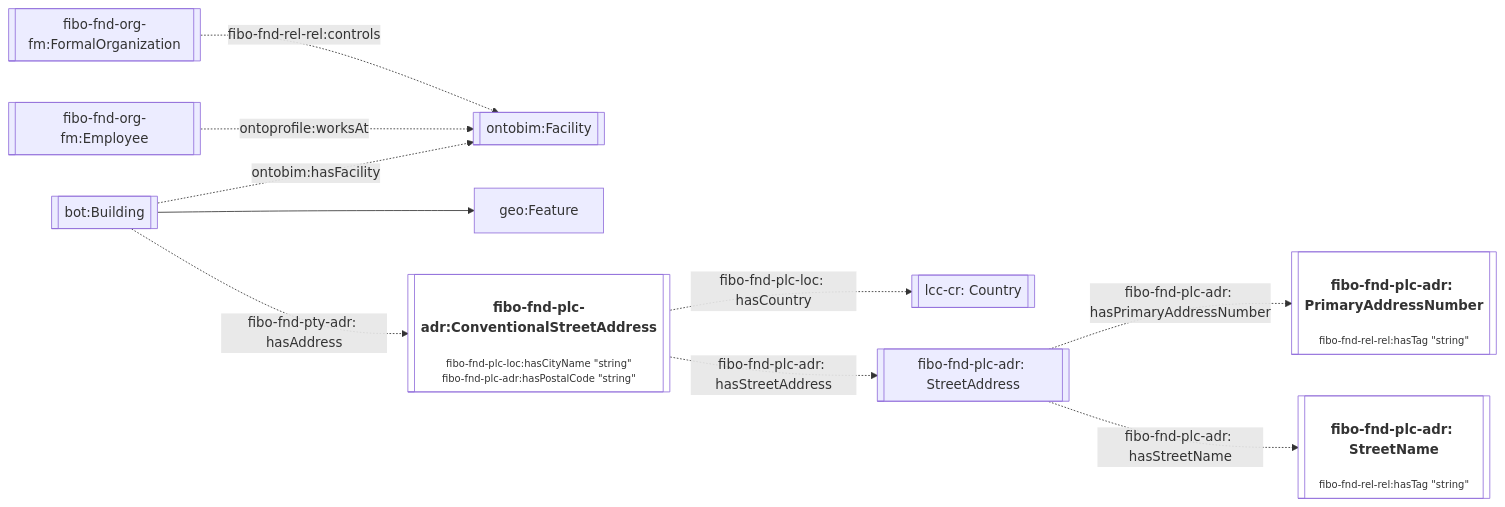
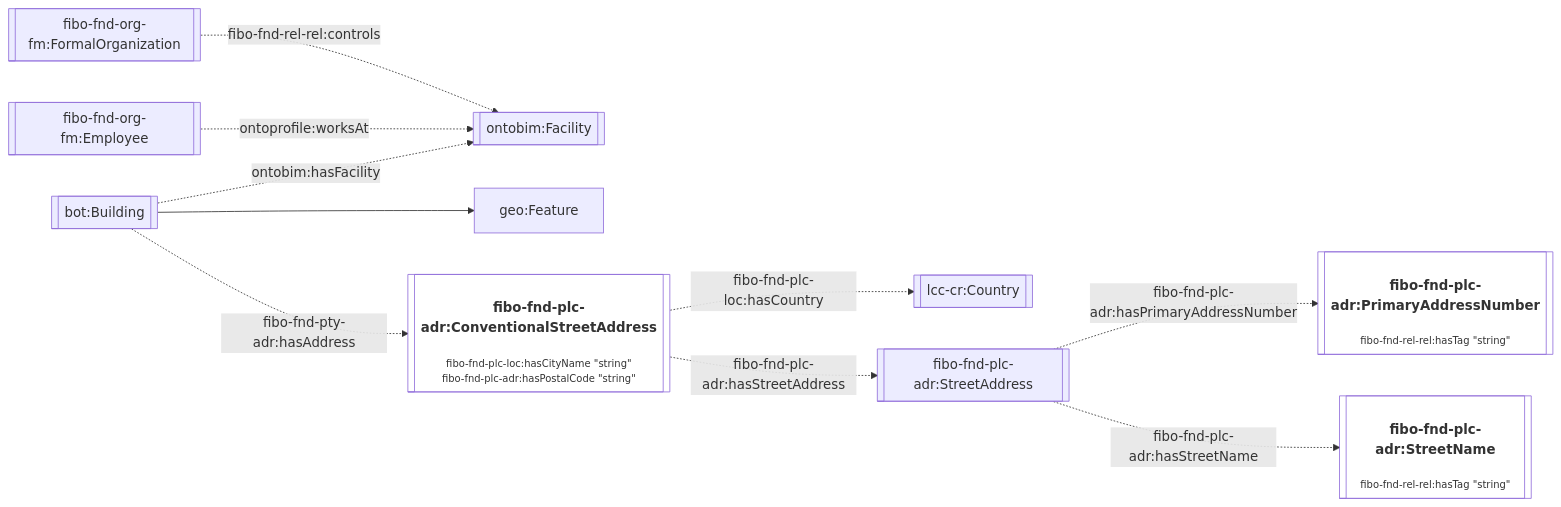
Before and after one commit to cambridge-cares/TheWorldAvatar: the seventh of 7 diagrams in JPS_Ontology/ontology/ontoprofile/README.MD, drawn with Mermaid. The commit also changed other lines of this file, not shown here.

Commit message:
dev-service-execution-ontology-extension: add overflow styles to link and node

````diff
--- a/JPS_Ontology/ontology/ontoprofile/README.MD
+++ b/JPS_Ontology/ontology/ontoprofile/README.MD
@@ -224,20 +228,21 @@
 ```mermaid
 flowchart LR
     %% Styling
     classDef literal fill:none
-    classDef node text-wrap:pretty
+    classDef node overflow-wrap:break-word,text-wrap:pretty
+    linkStyle default overflow-wrap:break-word,text-wrap:pretty;
 
     %% Contents
     Org[[fibo-fnd-org-fm:FormalOrganization]] -. fibo-fnd-rel-rel:controls .-> Facility
     Employee[[fibo-fnd-org-fm:Employee]] -. ontoprofile:worksAt .-> Facility
 
     Building[[bot:Building]] -. ontobim:hasFacility .-> Facility[[ontobim:Facility]]
     Building --> geo:Feature
-    Building -. fibo-fnd-pty-adr: hasAddress .-> ConventionalStreetAddress[["<h4>fibo-fnd-plc-adr:ConventionalStreetAddress</h4><p style='font-size:0.75rem;'>fibo-fnd-plc-loc:hasCityName &quot;string&quot;<br>fibo-fnd-plc-adr:hasPostalCode &quot;string&quot;</p>"]]:::literal
+    Building -. fibo-fnd-pty-adr:hasAddress .-> ConventionalStreetAddress[["<h4>fibo-fnd-plc-adr:ConventionalStreetAddress</h4><p style='font-size:0.75rem;'>fibo-fnd-plc-loc:hasCityName &quot;string&quot;<br>fibo-fnd-plc-adr:hasPostalCode &quot;string&quot;</p>"]]:::literal
 
-    ConventionalStreetAddress -. fibo-fnd-plc-loc: hasCountry .-> Country[[lcc-cr: Country]]
-    ConventionalStreetAddress -. fibo-fnd-plc-adr: hasStreetAddress .-> StreetAddress[[fibo-fnd-plc-adr: StreetAddress]]
+    ConventionalStreetAddress -. fibo-fnd-plc-loc:hasCountry .-> Country[[lcc-cr:Country]]
+    ConventionalStreetAddress -. fibo-fnd-plc-adr:hasStreetAddress .-> StreetAddress[[fibo-fnd-plc-adr:StreetAddress]]
 
-    StreetAddress -. fibo-fnd-plc-adr: hasPrimaryAddressNumber .-> PrimaryAddressNumber[["<h4>fibo-fnd-plc-adr: PrimaryAddressNumber</h4><p style='font-size:0.75rem;'>fibo-fnd-rel-rel:hasTag &quot;string&quot;</p>"]]:::literal
-    StreetAddress -. fibo-fnd-plc-adr: hasStreetName .-> StreetName[["<h4>fibo-fnd-plc-adr: StreetName</h4><p style='font-size:0.75rem;'>fibo-fnd-rel-rel:hasTag &quot;string&quot;</p>"]]:::literal
+    StreetAddress -. fibo-fnd-plc-adr:hasPrimaryAddressNumber .-> PrimaryAddressNumber[["<h4>fibo-fnd-plc-adr:PrimaryAddressNumber</h4><p style='font-size:0.75rem;'>fibo-fnd-rel-rel:hasTag &quot;string&quot;</p>"]]:::literal
+    StreetAddress -. fibo-fnd-plc-adr:hasStreetName .-> StreetName[["<h4>fibo-fnd-plc-adr:StreetName</h4><p style='font-size:0.75rem;'>fibo-fnd-rel-rel:hasTag &quot;string&quot;</p>"]]:::literal
 ```
````
